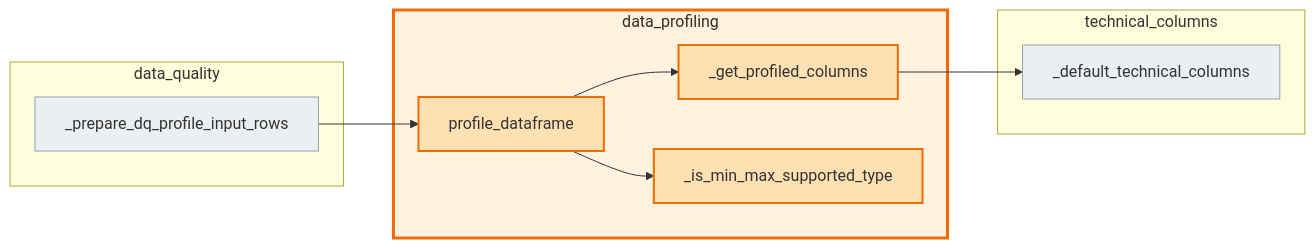
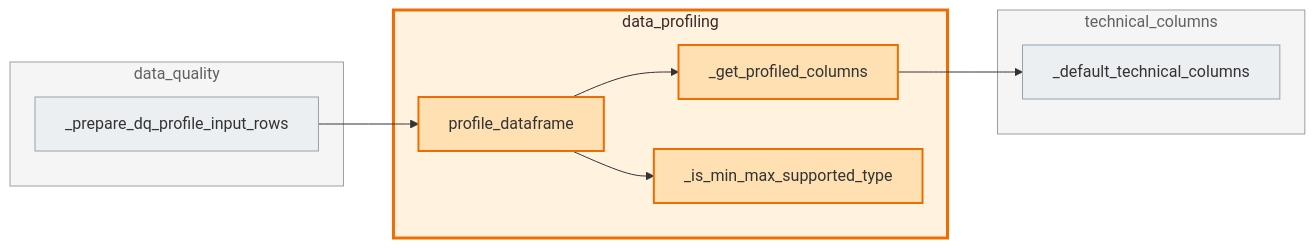
Before and after one commit to Voycepeh/FabricOps-Starter-Kit: the diagram in docs/api/modules/data_profiling.md, drawn with Mermaid. The commit also changed other lines of this file and 14 other files, not shown here.

````diff
--- a/docs/api/modules/data_profiling.md
+++ b/docs/api/modules/data_profiling.md
@@ -69,25 +69,26 @@
 ```mermaid
 flowchart LR
   classDef currentModule fill:#fff3e0,stroke:#ef6c00,stroke-width:3px,color:#3e2723;
   classDef externalModule fill:#f5f5f5,stroke:#9e9e9e,stroke-width:1px,color:#616161;
   classDef currentCallable fill:#ffe0b2,stroke:#ef6c00,stroke-width:2px;
   classDef externalCallable fill:#eceff1,stroke:#90a4ae,stroke-width:1px;
   subgraph m_data_profiling[data_profiling]
     fabricops_kit_data_profiling__get_profiled_columns["_get_profiled_columns"]
     fabricops_kit_data_profiling__is_min_max_supported_type["_is_min_max_supported_type"]
     fabricops_kit_data_profiling_profile_dataframe["profile_dataframe"]
   end
   subgraph m_data_quality[data_quality]
     fabricops_kit_data_quality__prepare_dq_profile_input_rows["_prepare_dq_profile_input_rows"]
   end
   subgraph m_technical_columns[technical_columns]
     fabricops_kit_technical_columns__default_technical_columns["_default_technical_columns"]
   end
   fabricops_kit_data_profiling__get_profiled_columns --> fabricops_kit_technical_columns__default_technical_columns
   fabricops_kit_data_profiling_profile_dataframe --> fabricops_kit_data_profiling__get_profiled_columns
   fabricops_kit_data_profiling_profile_dataframe --> fabricops_kit_data_profiling__is_min_max_supported_type
   fabricops_kit_data_quality__prepare_dq_profile_input_rows --> fabricops_kit_data_profiling_profile_dataframe
   class m_data_profiling currentModule;
+  class m_data_quality,m_technical_columns externalModule;
   class fabricops_kit_data_profiling__get_profiled_columns,fabricops_kit_data_profiling__is_min_max_supported_type,fabricops_kit_data_profiling_profile_dataframe currentCallable;
   class fabricops_kit_data_quality__prepare_dq_profile_input_rows,fabricops_kit_technical_columns__default_technical_columns externalCallable;
 ```
````
